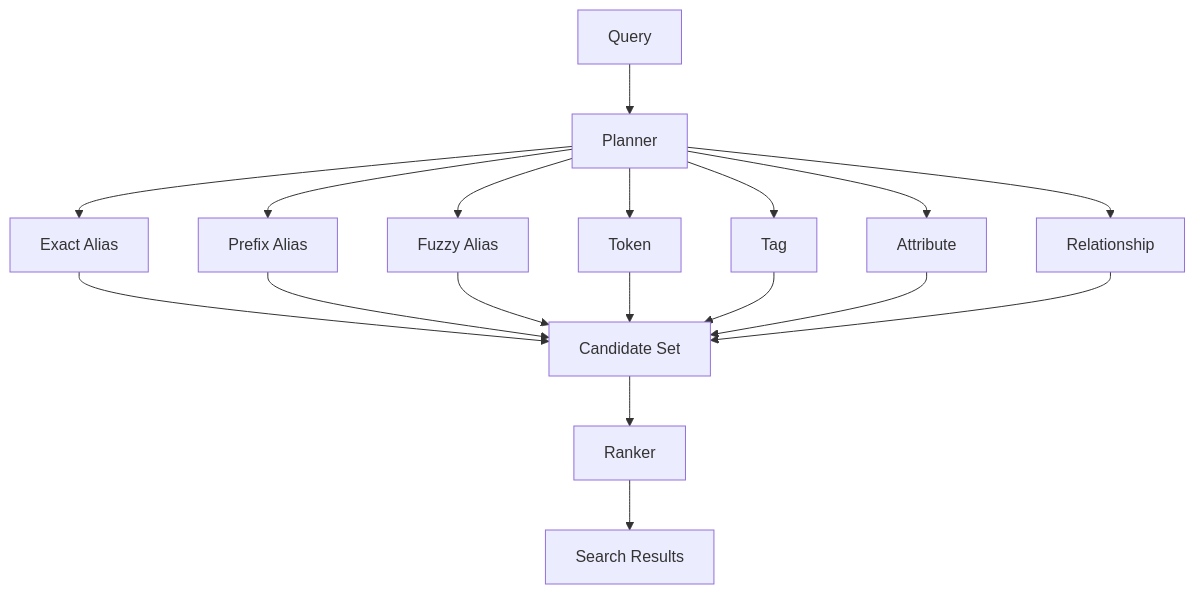
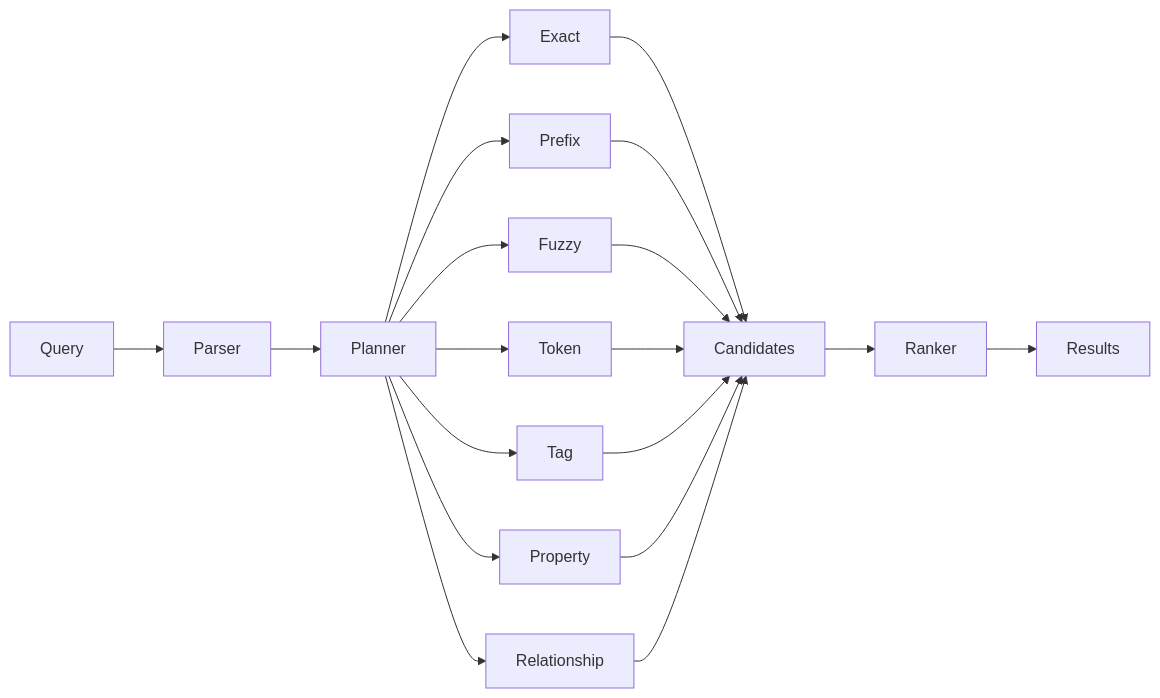
The second of 3 diagrams in README.md (HandsOnDigits/EntityIdentifierResolver), drawn with Mermaid before and after one commit. The commit also changed other lines of this file, not shown here.

````diff
--- a/README.md
+++ b/README.md
@@ -407,41 +146,24 @@
 ```mermaid
-flowchart TB
-    QUERY["Query"]
+flowchart LR
+    Q["Query"] --> P["Parser"]
+    P --> PLAN["Planner"]
 
-    PLAN["Planner"]
+    PLAN --> EXACT["Exact"]
+    PLAN --> PREFIX["Prefix"]
+    PLAN --> FUZZY["Fuzzy"]
+    PLAN --> TOKEN["Token"]
+    PLAN --> TAG["Tag"]
+    PLAN --> PROPERTY["Property"]
+    PLAN --> RELATIONSHIP["Relationship"]
 
-    EXACT["Exact Alias"]
-    PREFIX["Prefix Alias"]
-    FUZZY["Fuzzy Alias"]
-    TOKEN["Token"]
-    TAG["Tag"]
-    ATTRIBUTE["Attribute"]
-    RELATIONSHIP["Relationship"]
+    EXACT --> C["Candidates"]
+    PREFIX --> C
+    FUZZY --> C
+    TOKEN --> C
+    TAG --> C
+    PROPERTY --> C
+    RELATIONSHIP --> C
 
-    CANDIDATES["Candidate Set"]
-
-    RANKER["Ranker"]
-
-    RESULTS["Search Results"]
-
-    QUERY --> PLAN
-
-    PLAN --> EXACT
-    PLAN --> PREFIX
-    PLAN --> FUZZY
-    PLAN --> TOKEN
-    PLAN --> TAG
-    PLAN --> ATTRIBUTE
-    PLAN --> RELATIONSHIP
-
-    EXACT --> CANDIDATES
-    PREFIX --> CANDIDATES
-    FUZZY --> CANDIDATES
-    TOKEN --> CANDIDATES
-    TAG --> CANDIDATES
-    ATTRIBUTE --> CANDIDATES
-    RELATIONSHIP --> CANDIDATES
-
-    CANDIDATES --> RANKER
-    RANKER --> RESULTS
+    C --> R["Ranker"]
+    R --> RESULTS["Results"]
 ```
````
